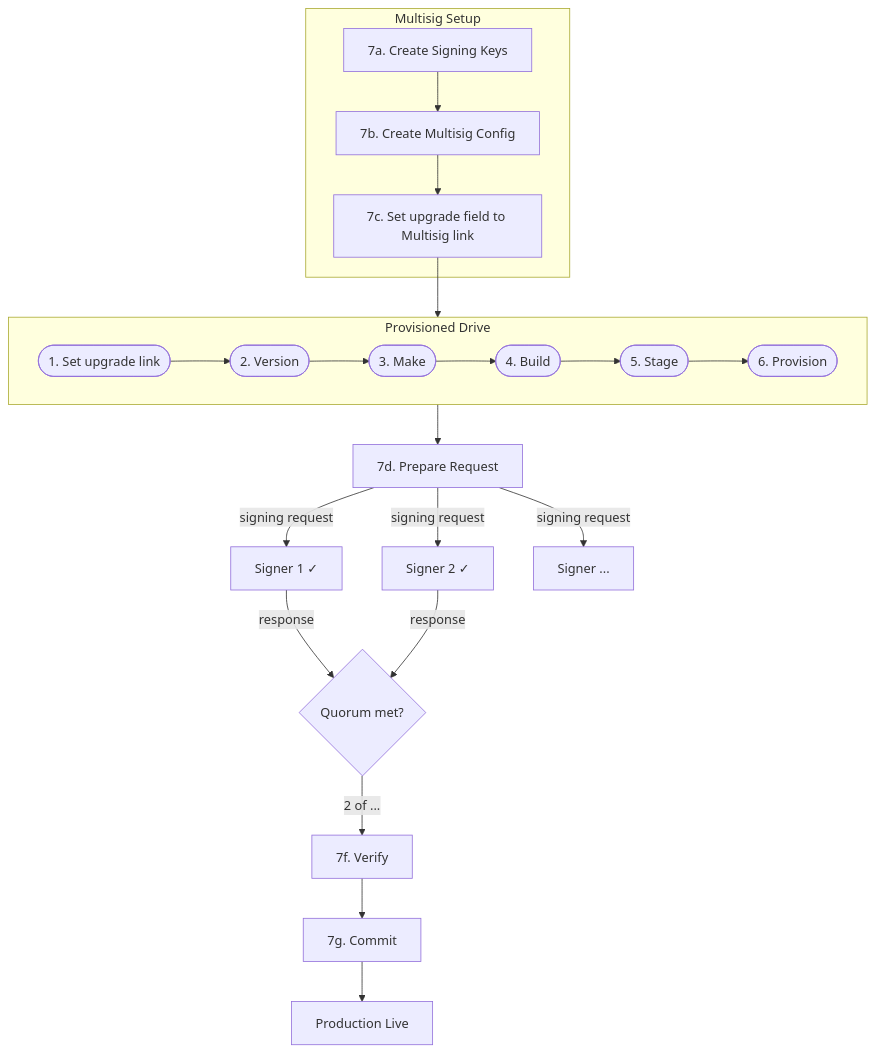
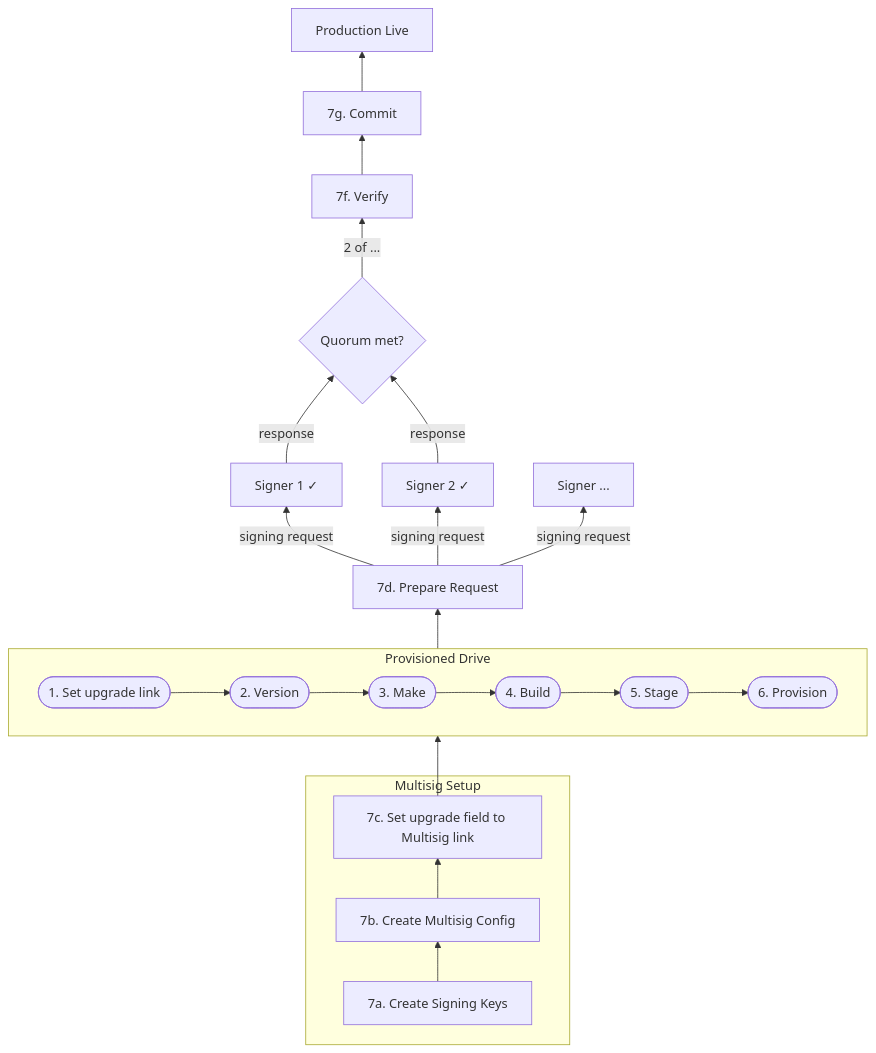
Before and after one commit to holepunchto/hello-pear-electron: the sixth of 6 diagrams in README.md, drawn with Mermaid.

````diff
--- a/README.md
+++ b/README.md
@@ -692,28 +692,28 @@
 ```mermaid
-graph TD
+graph BT
     subgraph Multisig Setup
         K[7a. Create Signing Keys] --> C[7b. Create Multisig Config]
         C --> L[7c. Set upgrade field to Multisig link]
     end
 
     L --> S1L
 
     subgraph Provisioned Drive
         direction LR
         S1L([1. Set upgrade link]) --> S2([2. Version])
         S2 --> S3([3. Make])
         S3 --> S4([4. Build])
         S4 --> S5([5. Stage])
         S5 --> S6([6. Provision])
     end
 
     S6 --> Req[7d. Prepare Request]
     Req -->|signing request| Sg1[Signer 1 ✓]
     Req -->|signing request| Sg2[Signer 2 ✓]
     Req -->|signing request| Sg3[Signer ...]
     Sg1 -->|response| Q{Quorum met?}
     Sg2 -->|response| Q
     Q -->|2 of ...| Ver[7f. Verify]
     Ver --> Com[7g. Commit]
     Com --> Live[Production Live]
 ```
````
